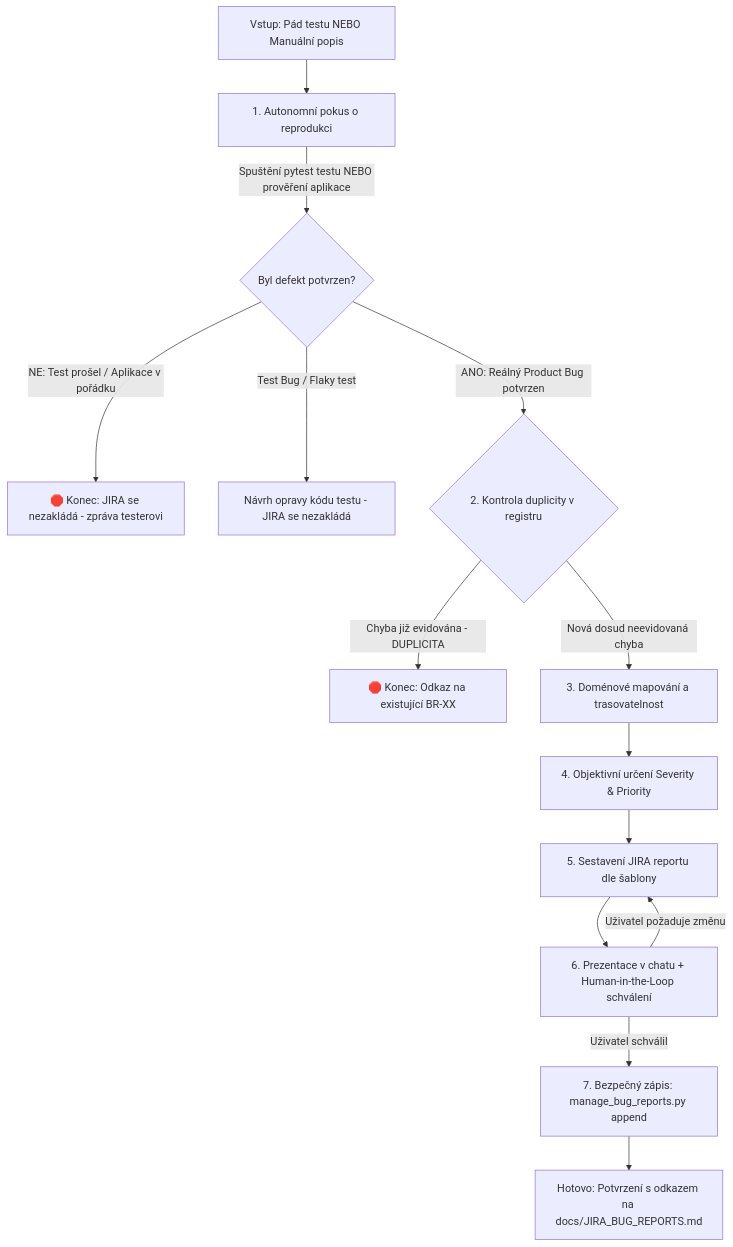
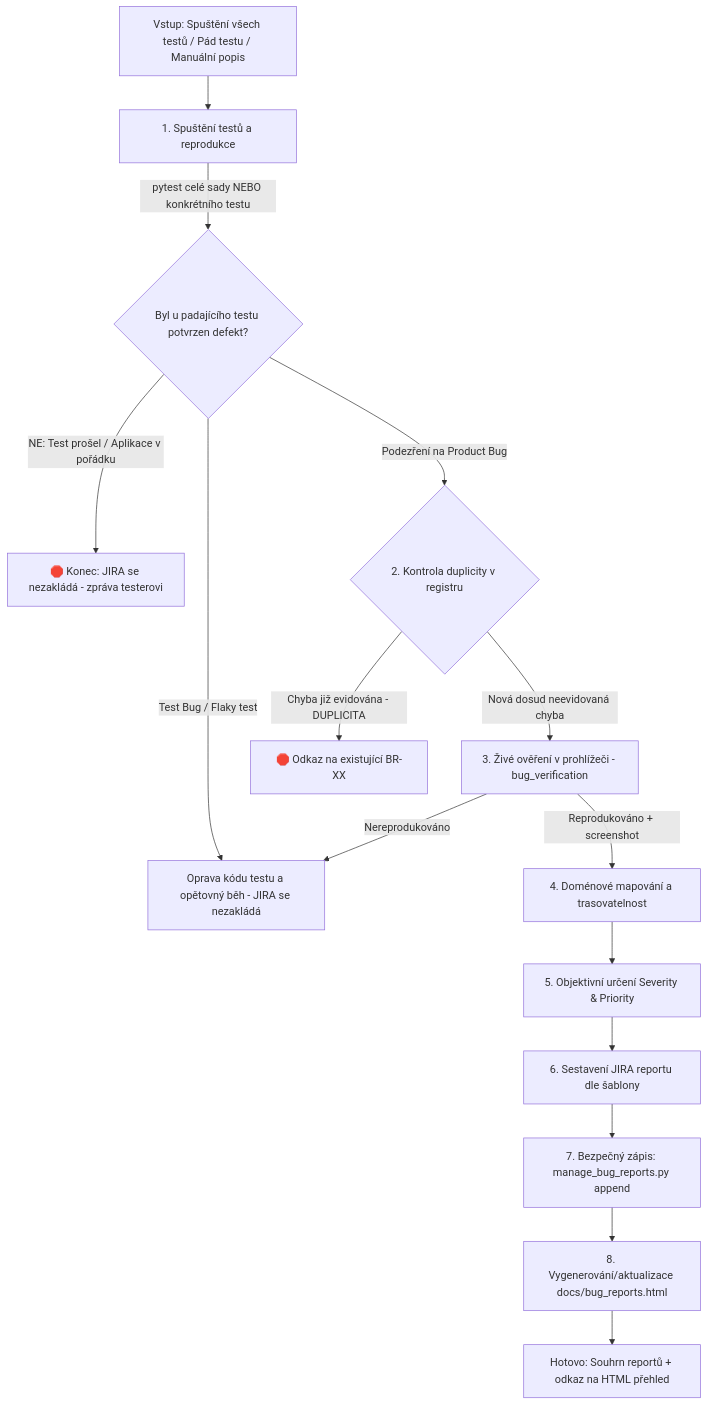
The diagram in .agents/skills/bug_reporting/SKILL.md (andreawankova-qa/AI-driven-testing-wankova), drawn with Mermaid before and after one commit. The commit also changed other lines of this file and 30 other files, not shown here.

Commit message:
chore: update agent skills, add pre-tool hooks, refine tests and bug reports

````diff
--- a/.agents/skills/bug_reporting/SKILL.md
+++ b/.agents/skills/bug_reporting/SKILL.md
@@ -24,16 +26,17 @@
 ```mermaid
 flowchart TD
-    A[Vstup: Pád testu NEBO Manuální popis] --> V[1. Autonomní pokus o reprodukci]
-    V -->|Spuštění pytest testu NEBO prověření aplikace| T{Byl defekt potvrzen?}
+    A[Vstup: Spuštění všech testů / Pád testu / Manuální popis] --> V[1. Spuštění testů a reprodukce]
+    V -->|pytest celé sady NEBO konkrétního testu| T{Byl u padajícího testu potvrzen defekt?}
     T -->|NE: Test prošel / Aplikace v pořádku| STOP[🛑 Konec: JIRA se nezakládá - zpráva testerovi]
-    T -->|Test Bug / Flaky test| T1[Návrh opravy kódu testu - JIRA se nezakládá]
-    T -->|ANO: Reálný Product Bug potvrzen| DUP{2. Kontrola duplicity v registru}
-    DUP -->|Chyba již evidována - DUPLICITA| DUP_STOP[🛑 Konec: Odkaz na existující BR-XX]
-    DUP -->|Nová dosud neevidovaná chyba| B[3. Doménové mapování a trasovatelnost]
-    B --> C[4. Objektivní určení Severity & Priority]
-    C --> D[5. Sestavení JIRA reportu dle šablony]
-    D --> E[6. Prezentace v chatu + Human-in-the-Loop schválení]
-    E -->|Uživatel schválil| F[7. Bezpečný zápis: manage_bug_reports.py append]
-    E -->|Uživatel požaduje změnu| D
-    F --> G[Hotovo: Potvrzení s odkazem na docs/JIRA_BUG_REPORTS.md]
+    T -->|Test Bug / Flaky test| T1[Oprava kódu testu a opětovný běh - JIRA se nezakládá]
+    T -->|Podezření na Product Bug| DUP{2. Kontrola duplicity v registru}
+    DUP -->|Chyba již evidována - DUPLICITA| DUP_STOP[🛑 Odkaz na existující BR-XX]
+    DUP -->|Nová dosud neevidovaná chyba| BV[3. Živé ověření v prohlížeči - bug_verification]
+    BV -->|Nereprodukováno| T1
+    BV -->|Reprodukováno + screenshot| B[4. Doménové mapování a trasovatelnost]
+    B --> C[5. Objektivní určení Severity & Priority]
+    C --> D[6. Sestavení JIRA reportu dle šablony]
+    D --> F[7. Bezpečný zápis: manage_bug_reports.py append]
+    F --> H[8. Vygenerování/aktualizace docs/bug_reports.html]
+    H --> G[Hotovo: Souhrn reportů + odkaz na HTML přehled]
 ```
````
